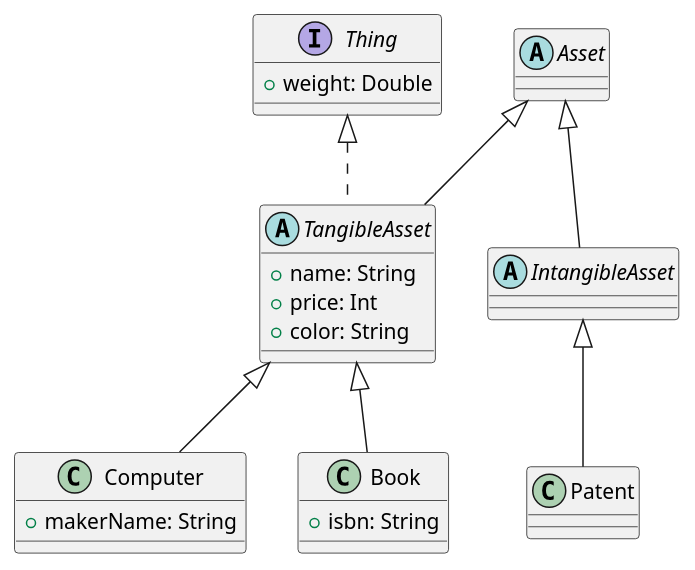
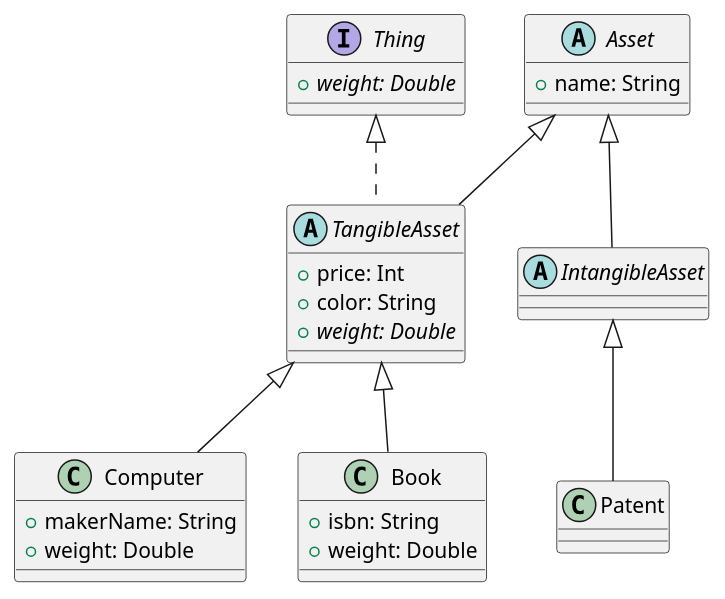
One commit to SurvivalCodingCampus/gangnam2_kotlin_study changed the diagram in docs/asset.puml. Above: the diagram before and after it, drawn with PlantUML. The commit also changed 3 other files, not shown here.

```diff
--- a/docs/asset.puml
+++ b/docs/asset.puml
@@ -1,30 +1,33 @@
 @startuml
 
 abstract class Asset {
+    + name: String
 }
 
 abstract class TangibleAsset extends Asset implements Thing {
-    + name: String
     + price: Int
     + color: String
+    + {abstract} weight: Double
 }
 
 abstract class IntangibleAsset extends Asset {
 }
 
 class Computer extends TangibleAsset {
     + makerName: String
+    + weight: Double
 }
 
 class Book extends TangibleAsset {
     + isbn: String
+    + weight: Double
 }
 
 class Patent extends IntangibleAsset {
 }
 
 interface Thing {
-    + weight: Double
+    + {abstract} weight: Double
 }
 
 @enduml
```
